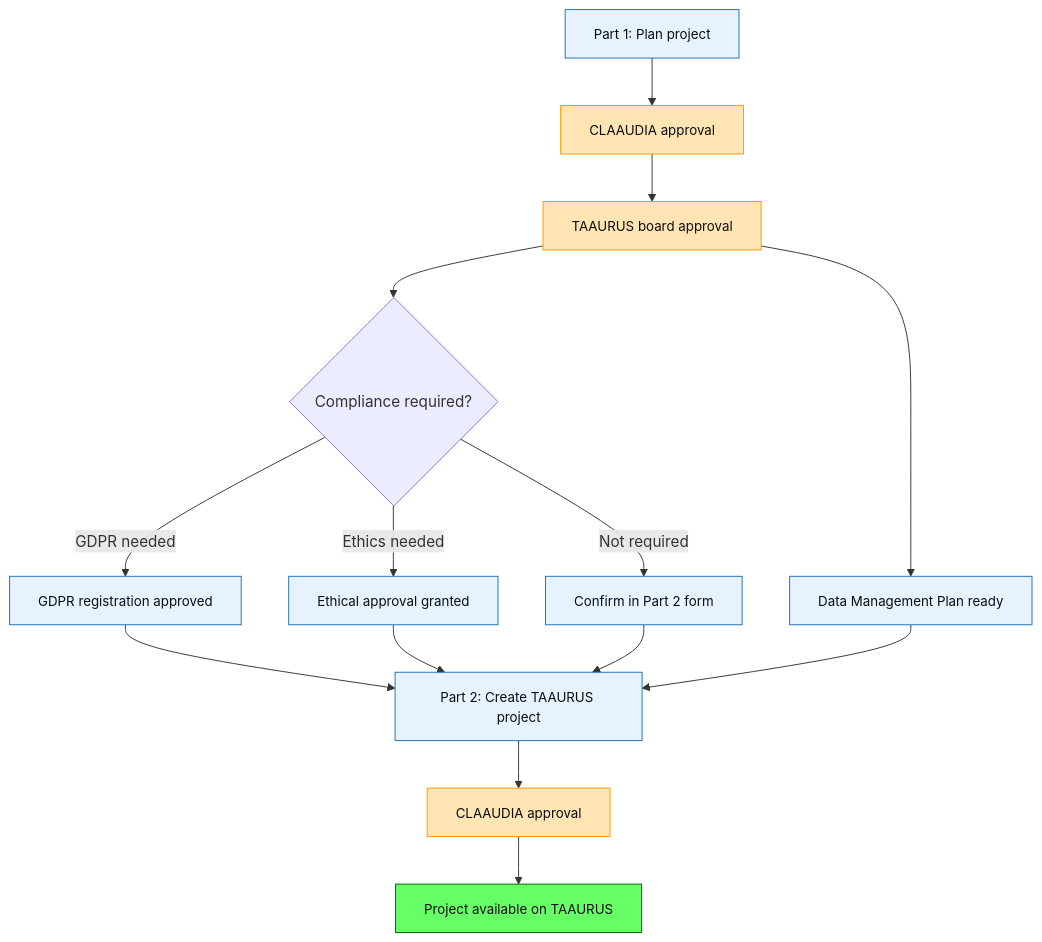
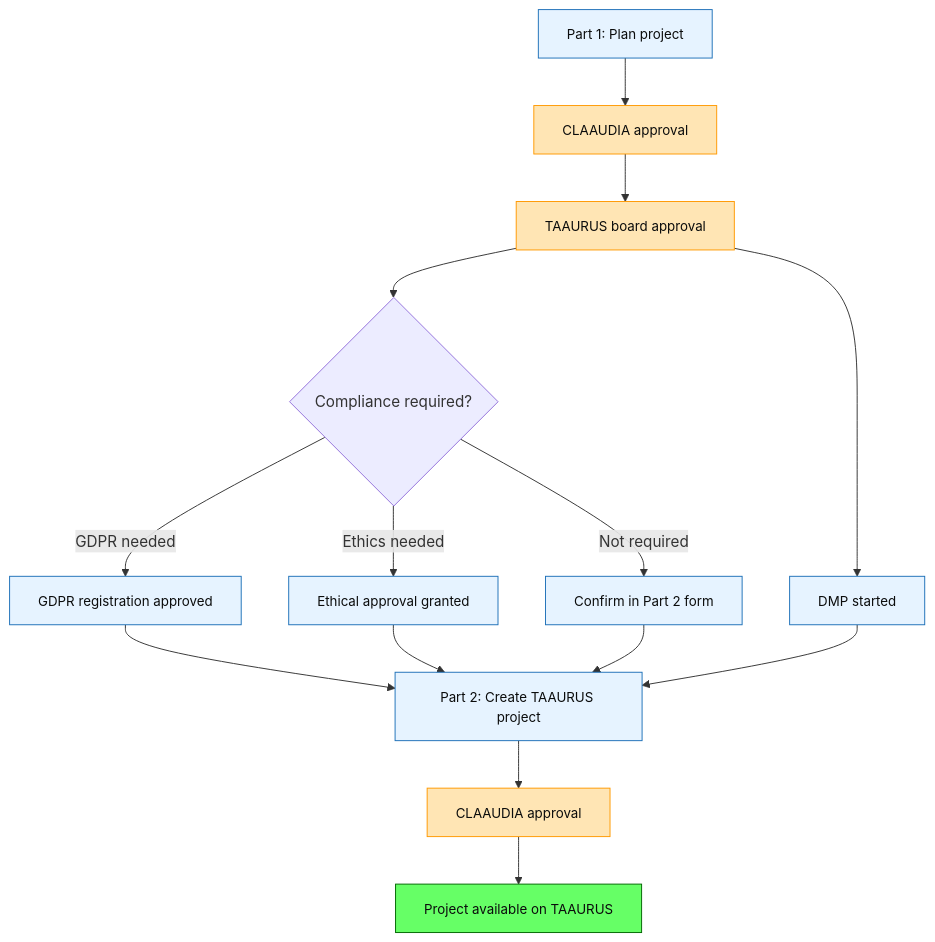
Before and after one commit to aau-claaudia/hpc: the diagram in docs/taaurus/how-to-access.md, drawn with Mermaid. The commit also changed other lines of this file and 1 other file, not shown here.

````diff
--- a/docs/taaurus/how-to-access.md
+++ b/docs/taaurus/how-to-access.md
@@ -80,27 +79,27 @@
 ```mermaid
 graph TD
     A["Part 1: Plan project"] --> B["CLAAUDIA approval"]
     B --> C["TAAURUS board approval"]
     C --> D{"Compliance required?"}
     D -->|GDPR needed| E["GDPR registration approved"]
     D -->|Ethics needed| F["Ethical approval granted"]
     D -->|Not required| G["Confirm in Part 2 form"]
-    C --> H["Data Management Plan ready"]
+    C --> H["DMP started"]
     E --> I["Part 2: Create TAAURUS project"]
     F --> I
     G --> I
     H --> I
     I --> J["CLAAUDIA approval"]
     J --> K["Project available on TAAURUS"]
 
     click A "https://serviceportal.aau.dk/serviceportal?id=sc_cat_item&sys_id=04934a6cc3a5e210f0f3041ad00131fc" "Part 1 form" _blank
     click I "https://serviceportal.aau.dk/serviceportal?id=sc_cat_item&sys_id=3f559ee0c329e210f0f3041ad00131c8" "Part 2 form" _blank
 
     classDef user fill:#e6f3ff,stroke:#1d70b8,color:#0b0c0c,font-size:14px;
     classDef claaudia fill:#ffe5b4,stroke:#ff9900,color:#0b0c0c,font-size:14px;
     classDef done fill:#66ff66,stroke:#006600,color:#0b0c0c,font-size:14px;
 
     class A,E,F,G,H,I user;
     class B,C,J claaudia;
     class K done;
 ```
````
